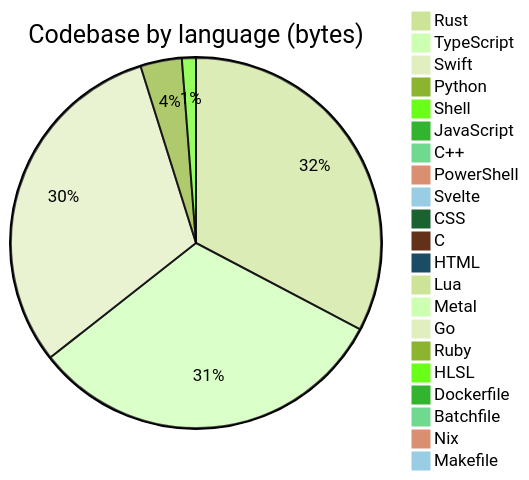
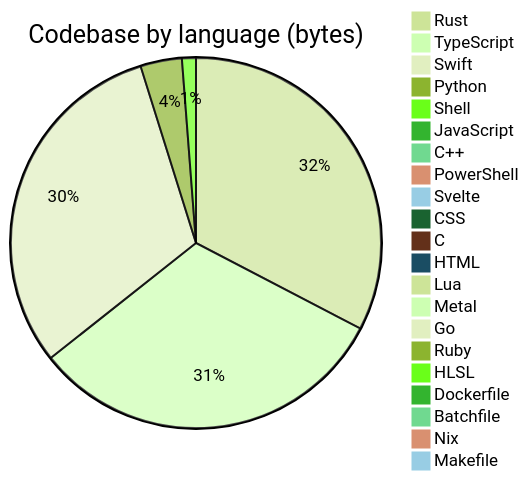
One commit to Open330/.github changed the diagram in profile/README.md. Above: the diagram before and after it, drawn with Mermaid (forest theme). The commit also changed other lines of this file and 1 other file, not shown here.

````diff
--- a/profile/README.md
+++ b/profile/README.md
@@ -138,24 +138,24 @@
 ```mermaid
 pie title Codebase by language (bytes)
-    "Rust" : 38008582
-    "TypeScript" : 36812509
-    "Swift" : 35744423
-    "Python" : 4196883
+    "Rust" : 38051907
+    "TypeScript" : 36951508
+    "Swift" : 35932146
+    "Python" : 4212956
     "Shell" : 1419615
-    "JavaScript" : 677910
+    "JavaScript" : 678296
     "C++" : 388775
     "PowerShell" : 333788
     "Svelte" : 275766
-    "CSS" : 256776
+    "CSS" : 269700
     "C" : 197825
-    "HTML" : 126877
+    "HTML" : 126878
     "Lua" : 48814
     "Metal" : 33192
     "Go" : 22811
     "Ruby" : 8989
     "HLSL" : 7527
     "Dockerfile" : 7454
     "Batchfile" : 5660
     "Nix" : 3168
     "Makefile" : 1692
 ```
````
